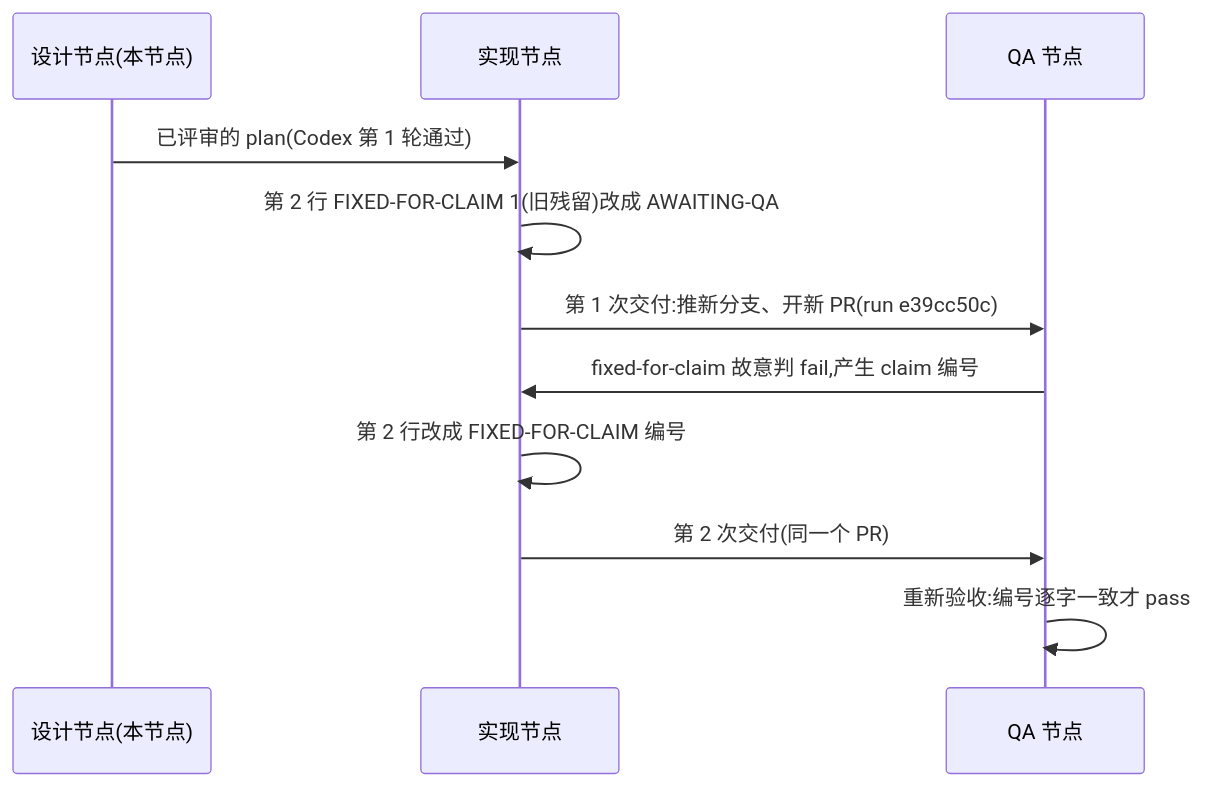
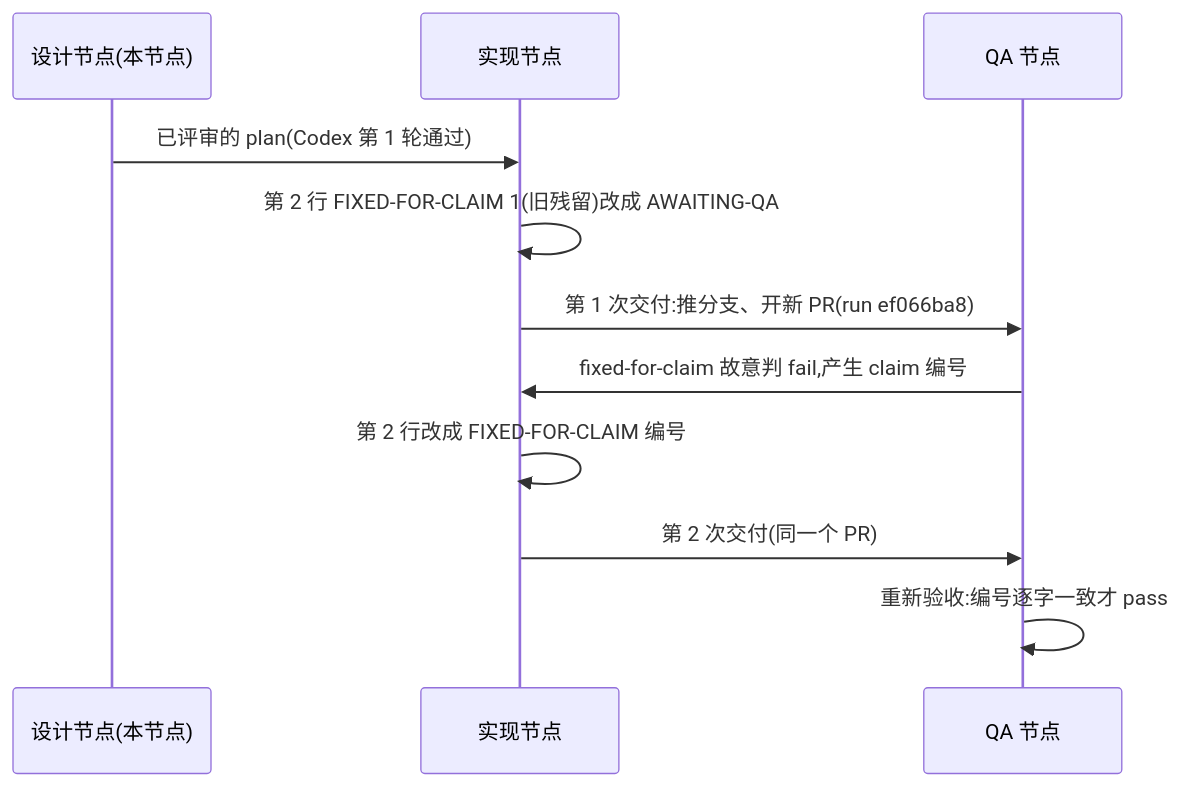
The diagram in engineering/doc/FLY-3226-real-runner-drill/d1-core-flow.mmd (xrliAnnie/flywheel-qa-sandbox), drawn with Mermaid before and after one commit. The commit also changed 4 other files, not shown here.

```diff
--- a/engineering/doc/FLY-3226-real-runner-drill/d1-core-flow.mmd
+++ b/engineering/doc/FLY-3226-real-runner-drill/d1-core-flow.mmd
@@ -1,11 +1,11 @@
 sequenceDiagram
     participant D as 设计节点(本节点)
     participant I as 实现节点
     participant Q as QA 节点
     D->>I: 已评审的 plan(Codex 第 1 轮通过)
     I->>I: 第 2 行 FIXED-FOR-CLAIM 1(旧残留)改成 AWAITING-QA
-    I->>Q: 第 1 次交付:推新分支、开新 PR(run e39cc50c)
+    I->>Q: 第 1 次交付:推分支、开新 PR(run ef066ba8)
     Q->>I: fixed-for-claim 故意判 fail,产生 claim 编号
     I->>I: 第 2 行改成 FIXED-FOR-CLAIM 编号
     I->>Q: 第 2 次交付(同一个 PR)
     Q->>Q: 重新验收:编号逐字一致才 pass
```
